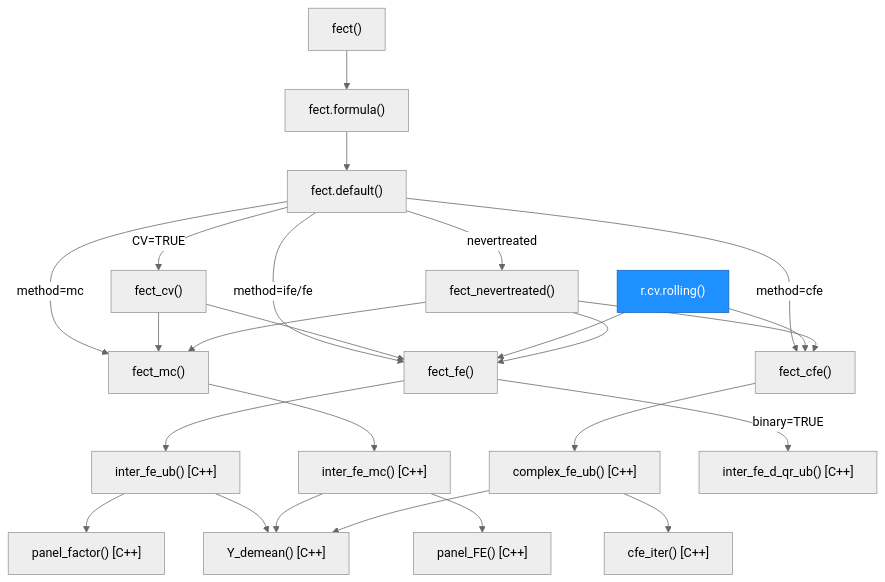
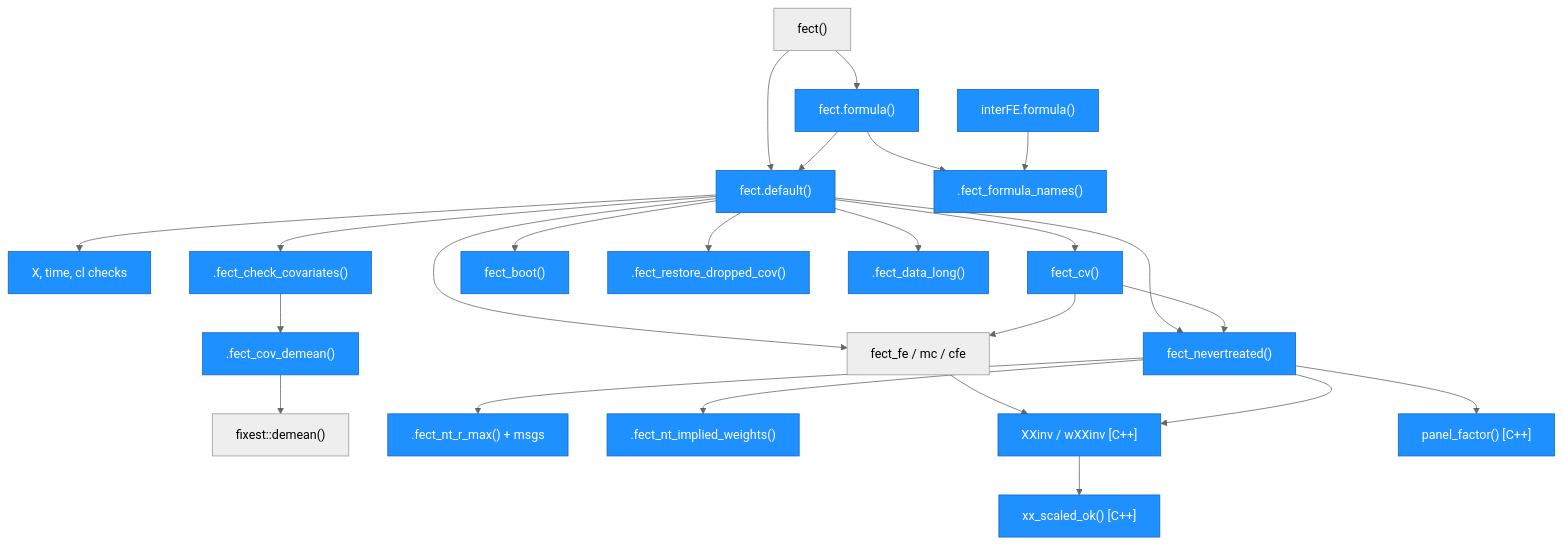
The second of 6 diagrams in ARCHITECTURE.md (xuyiqing/fect), drawn with Mermaid before and after one commit. The commit also changed other lines of this file and 65 other files, not shown here.

First line of the commit message:
fect 2.4.7 (dev): correctness fixes from the gsynth issue sweep (inference, CV, weights, input checks) (#151)

````diff
--- a/ARCHITECTURE.md
+++ b/ARCHITECTURE.md
@@ -177,48 +195,66 @@
 ```mermaid
 %%{init: {'theme': 'neutral'}}%%
 graph TD
     F1["fect()"]
     F2["fect.formula()"]
     F3["fect.default()"]
-    F4["fect_cv()"]
-    F5["fect_fe()"]
-    F6["fect_mc()"]
-    F7["fect_cfe()"]
-    F8["fect_nevertreated()"]
-    F9["r.cv.rolling()"]
-    C1["inter_fe_ub() [C++]"]
-    C2["inter_fe_mc() [C++]"]
-    C3["complex_fe_ub() [C++]"]
-    C4["inter_fe_d_qr_ub() [C++]"]
-    S1["panel_factor() [C++]"]
-    S2["panel_FE() [C++]"]
-    S3["Y_demean() [C++]"]
-    S4["cfe_iter() [C++]"]
-
-    style F9 fill:#1e90ff,stroke:#1565c0,color:#fff
+    H1[".fect_formula_names()"]
+    H2["X, time, cl checks"]
+    H3[".fect_check_covariates()"]
+    H4[".fect_cov_demean()"]
+    FX["fixest::demean()"]
+    CV["fect_cv()"]
+    FE["fect_fe / mc / cfe"]
+    NT["fect_nevertreated()"]
+    N1[".fect_nt_r_max() + msgs"]
+    N2[".fect_nt_implied_weights()"]
+    BT["fect_boot()"]
+    R1[".fect_restore_dropped_cov()"]
+    R2[".fect_data_long()"]
+    IF["interFE.formula()"]
+    XX["XXinv / wXXinv [C++]"]
+    XS["xx_scaled_ok() [C++]"]
+    PF["panel_factor() [C++]"]
 
     F1 --> F2
+    F1 --> F3
+    F2 --> H1
     F2 --> F3
-    F3 -->|"CV=TRUE"| F4
-    F3 -->|"method=ife/fe"| F5
-    F3 -->|"method=mc"| F6
-    F3 -->|"method=cfe"| F7
-    F3 -->|"nevertreated"| F8
-    F4 --> F5
-    F4 --> F6
-    F9 --> F5
-    F9 --> F7
-    F8 --> F5
-    F8 --> F6
-    F8 --> F7
-    F5 --> C1
-    F5 -->|"binary=TRUE"| C4
-    F6 --> C2
-    F7 --> C3
-    C1 --> S1
-    C1 --> S3
-    C2 --> S2
-    C2 --> S3
-    C3 --> S4
-    C3 --> S3
+    IF --> H1
+    F3 --> H2
+    F3 --> H3
+    H3 --> H4
+    H4 --> FX
+    F3 --> CV
+    F3 --> FE
+    F3 --> NT
+    F3 --> BT
+    F3 --> R1
+    F3 --> R2
+    CV --> NT
+    CV --> FE
+    NT --> N1
+    NT --> N2
+    FE --> XX
+    NT --> XX
+    XX --> XS
+    NT --> PF
+
+    style F2 fill:#1e90ff,stroke:#1565c0,color:#fff
+    style F3 fill:#1e90ff,stroke:#1565c0,color:#fff
+    style H1 fill:#1e90ff,stroke:#1565c0,color:#fff
+    style H2 fill:#1e90ff,stroke:#1565c0,color:#fff
+    style H3 fill:#1e90ff,stroke:#1565c0,color:#fff
+    style H4 fill:#1e90ff,stroke:#1565c0,color:#fff
+    style CV fill:#1e90ff,stroke:#1565c0,color:#fff
+    style NT fill:#1e90ff,stroke:#1565c0,color:#fff
+    style N1 fill:#1e90ff,stroke:#1565c0,color:#fff
+    style N2 fill:#1e90ff,stroke:#1565c0,color:#fff
+    style BT fill:#1e90ff,stroke:#1565c0,color:#fff
+    style R1 fill:#1e90ff,stroke:#1565c0,color:#fff
+    style R2 fill:#1e90ff,stroke:#1565c0,color:#fff
+    style IF fill:#1e90ff,stroke:#1565c0,color:#fff
+    style XX fill:#1e90ff,stroke:#1565c0,color:#fff
+    style XS fill:#1e90ff,stroke:#1565c0,color:#fff
+    style PF fill:#1e90ff,stroke:#1565c0,color:#fff
 ```
````
